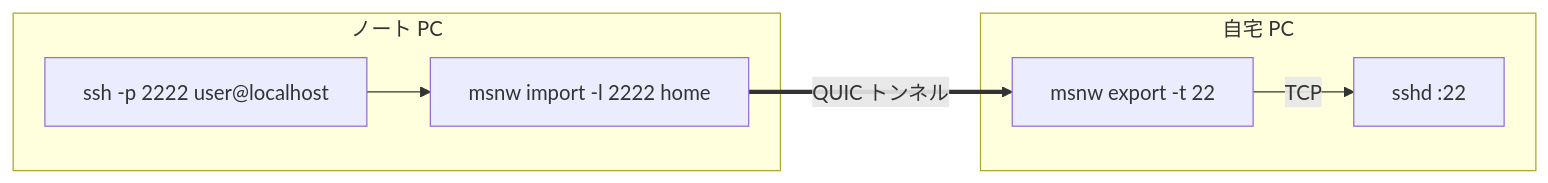
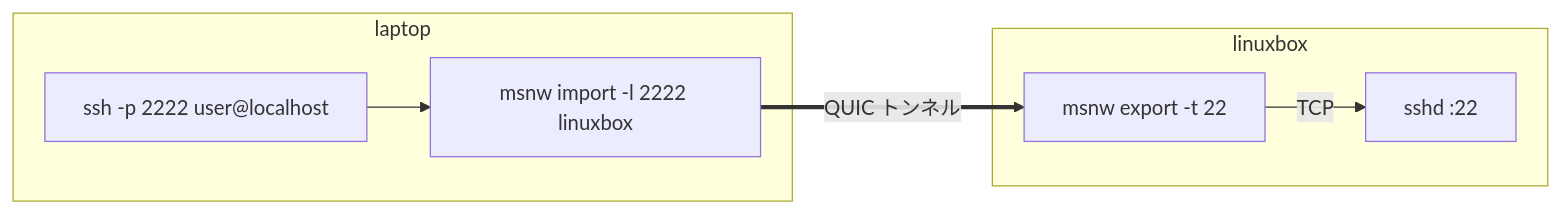
One commit to ikeji/mysmallnetwork changed the third of 7 diagrams in README.ja.md. Above: the diagram before and after it, drawn with Mermaid. The commit also changed other lines of this file and 6 other files, not shown here.

First line of the commit message:
README: importer wording, linuxbox examples, export/import http.server example

````diff
--- a/README.ja.md
+++ b/README.ja.md
@@ -114,10 +117,10 @@
 ```mermaid
 flowchart LR
-    subgraph laptop["ノート PC"]
-        s["ssh -p 2222 user@localhost"] --> im["msnw import -l 2222 home"]
+    subgraph laptop
+        s["ssh -p 2222 user@localhost"] --> im["msnw import -l 2222 linuxbox"]
     end
-    subgraph home["自宅 PC"]
+    subgraph linuxbox
         ex["msnw export -t 22"] -->|TCP| sshd["sshd :22"]
     end
     im ==>|QUIC トンネル| ex
 ```
````
